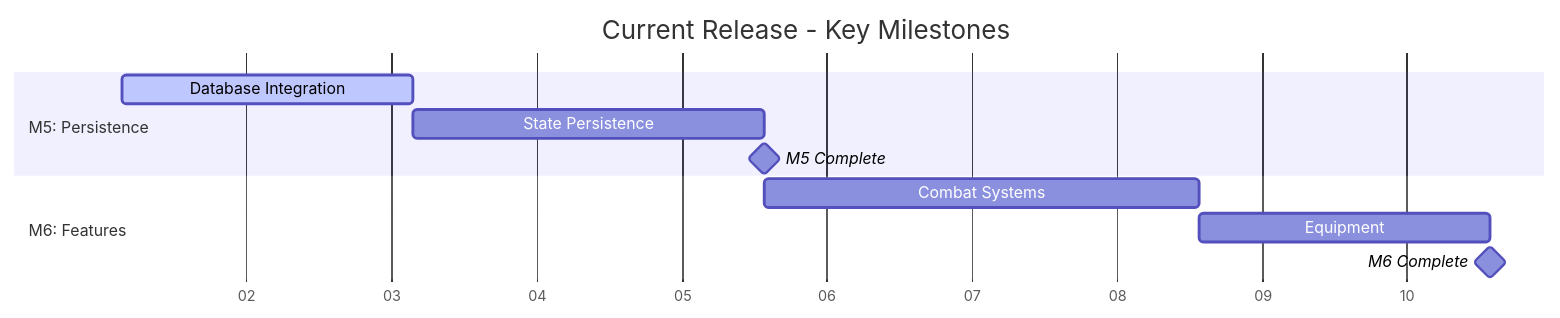
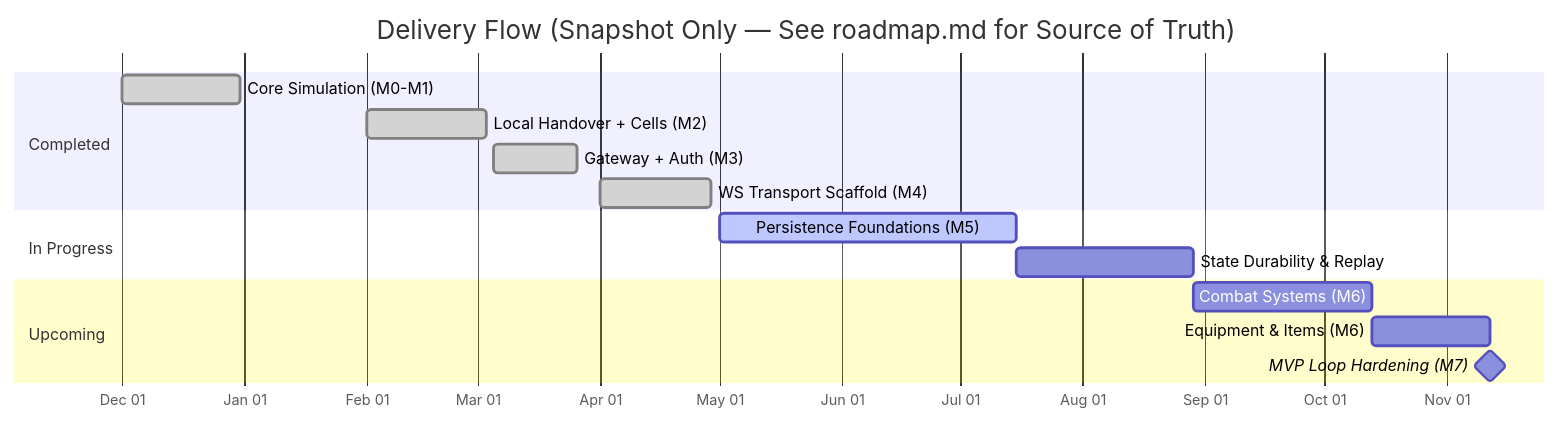
The diagram in README.md (AstroSteveo/prototype-game), drawn with Mermaid before and after one commit. The commit also changed other lines of this file, not shown here.

Commit message:
feat: Update README.md to new LLM-friendly format with improved structure and machine readability

````diff
--- a/README.md
+++ b/README.md
@@ -8,16 +52,21 @@
 ```mermaid
 gantt
-    title Current Release - Key Milestones
-    dateFormat YYYY-MM-DD
-    axisFormat %W
-    
-    section M5: Persistence
-    Database Integration  :active, db, 2024-01-08, 14d
-    State Persistence    :persist, after db, 17d
-    M5 Complete         :milestone, m5-done, after persist, 0d
-    
-    section M6: Features
-    Combat Systems      :combat, after m5-done, 21d
-    Equipment          :equip, after combat, 14d
-    M6 Complete        :milestone, m6-done, after equip, 0d
+    title Delivery Flow (Snapshot Only — See roadmap.md for Source of Truth)
+    dateFormat  YYYY-MM-DD
+    axisFormat  %b %d
+
+    section Completed
+    Core Simulation (M0-M1)        :done,    m0, 2024-12-01, 30d
+    Local Handover + Cells (M2)    :done,    m2, 2025-02-01, 30d
+    Gateway + Auth (M3)            :done,    m3, 2025-03-05, 21d
+    WS Transport Scaffold (M4)     :done,    m4, 2025-04-01, 28d
+
+    section In Progress
+    Persistence Foundations (M5)   :active,  m5a, 2025-05-01, 75d
+    State Durability & Replay      :        m5b, after m5a, 45d
+
+    section Upcoming
+    Combat Systems (M6)            :        m6c, after m5b, 45d
+    Equipment & Items (M6)         :        m6e, after m6c, 30d
+    MVP Loop Hardening (M7)        :milestone, m7, after m6e, 0d
 ```
````
